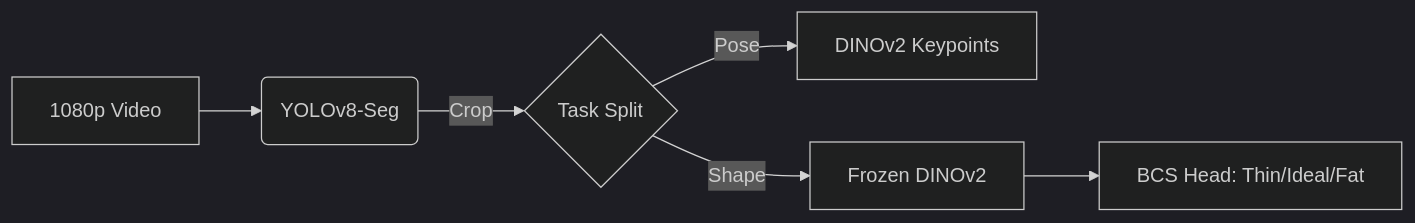
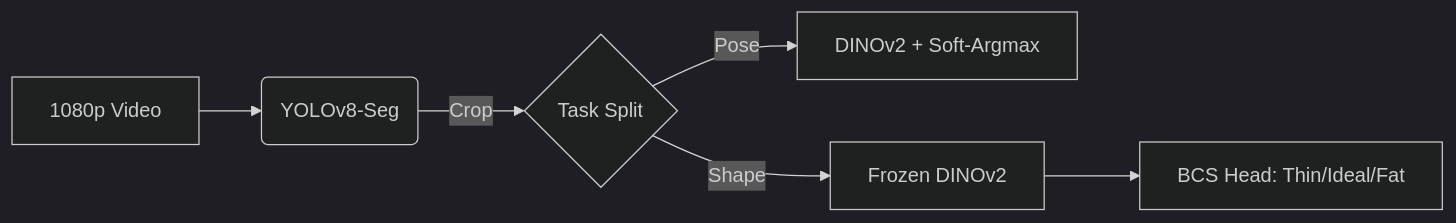
One commit to zok213/DAT1 changed the first of 5 diagrams in PRESENTATION.md. Above: the diagram before and after it, drawn with Mermaid (dark theme). The commit also changed other lines of this file, not shown here.

Commit message:
docs: Revert speaker script and embed charts into visual blocks only

````diff
--- a/PRESENTATION.md
+++ b/PRESENTATION.md
@@ -21,8 +14,8 @@
 ```mermaid
 graph LR
     A[1080p Video] --> B(YOLOv8-Seg)
     B -->|Crop| C{Task Split}
-    C -->|Pose| D[DINOv2 Keypoints]
+    C -->|Pose| D[DINOv2 + Soft-Argmax]
     C -->|Shape| E[Frozen DINOv2]
     E --> F[BCS Head: Thin/Ideal/Fat]
 ```
````
